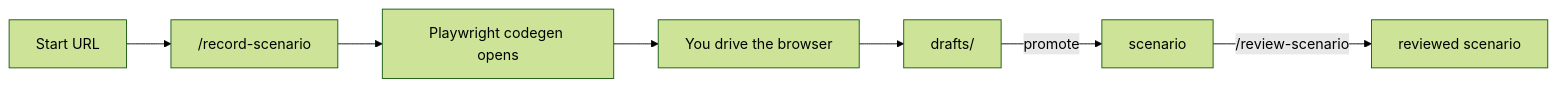
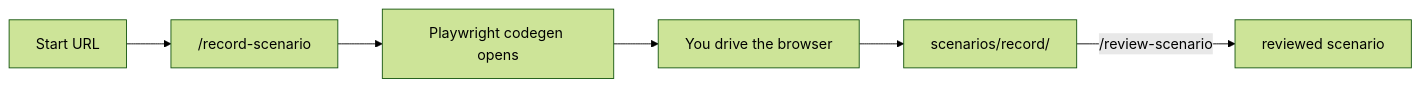
Before and after one commit to mattbobambrose/playwright-scenarios: the fourth of 5 diagrams in website/playwright-scenarios/docs/workflow.md, drawn with Mermaid (forest theme). The commit also changed other lines of this file and 21 other files, not shown here.

First line of the commit message:
Partition scenarios by source command, drop drafts (v0.6.0) (#6)

````diff
--- a/website/playwright-scenarios/docs/workflow.md
+++ b/website/playwright-scenarios/docs/workflow.md
@@ -84,9 +82,8 @@
 ``` mermaid
 graph LR
     A[Start URL] --> B["/record-scenario"]
     B --> C[Playwright codegen opens]
     C --> D[You drive the browser]
-    D --> E["drafts/"]
-    E -->|promote| F[scenario]
-    F -->|"/review-scenario"| G[reviewed scenario]
+    D --> E["scenarios/record/"]
+    E -->|"/review-scenario"| F[reviewed scenario]
 ```
````
